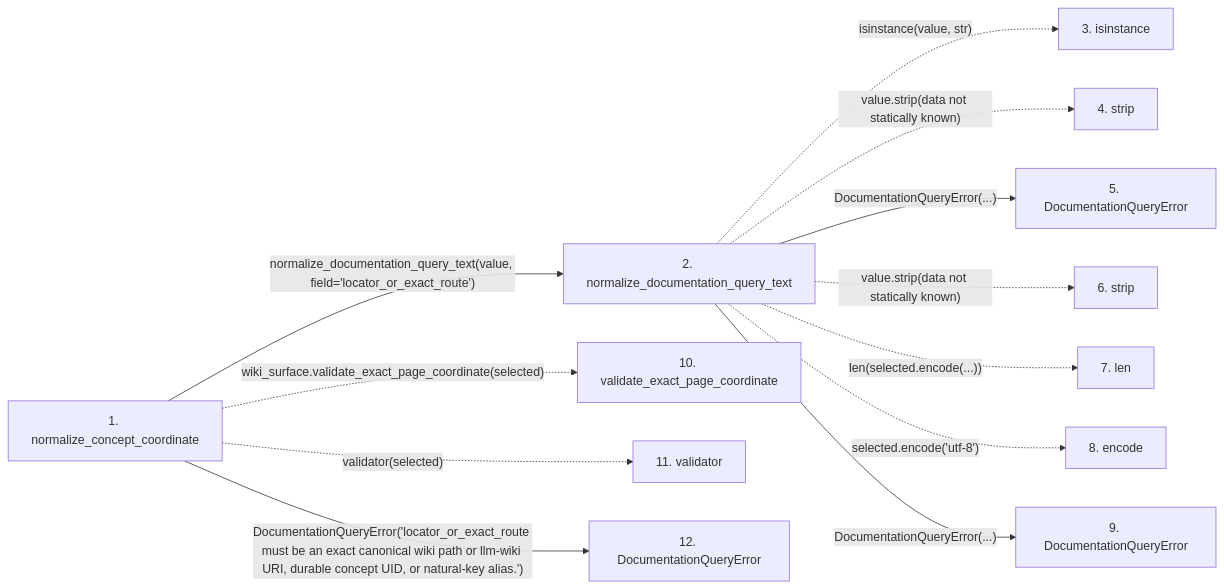
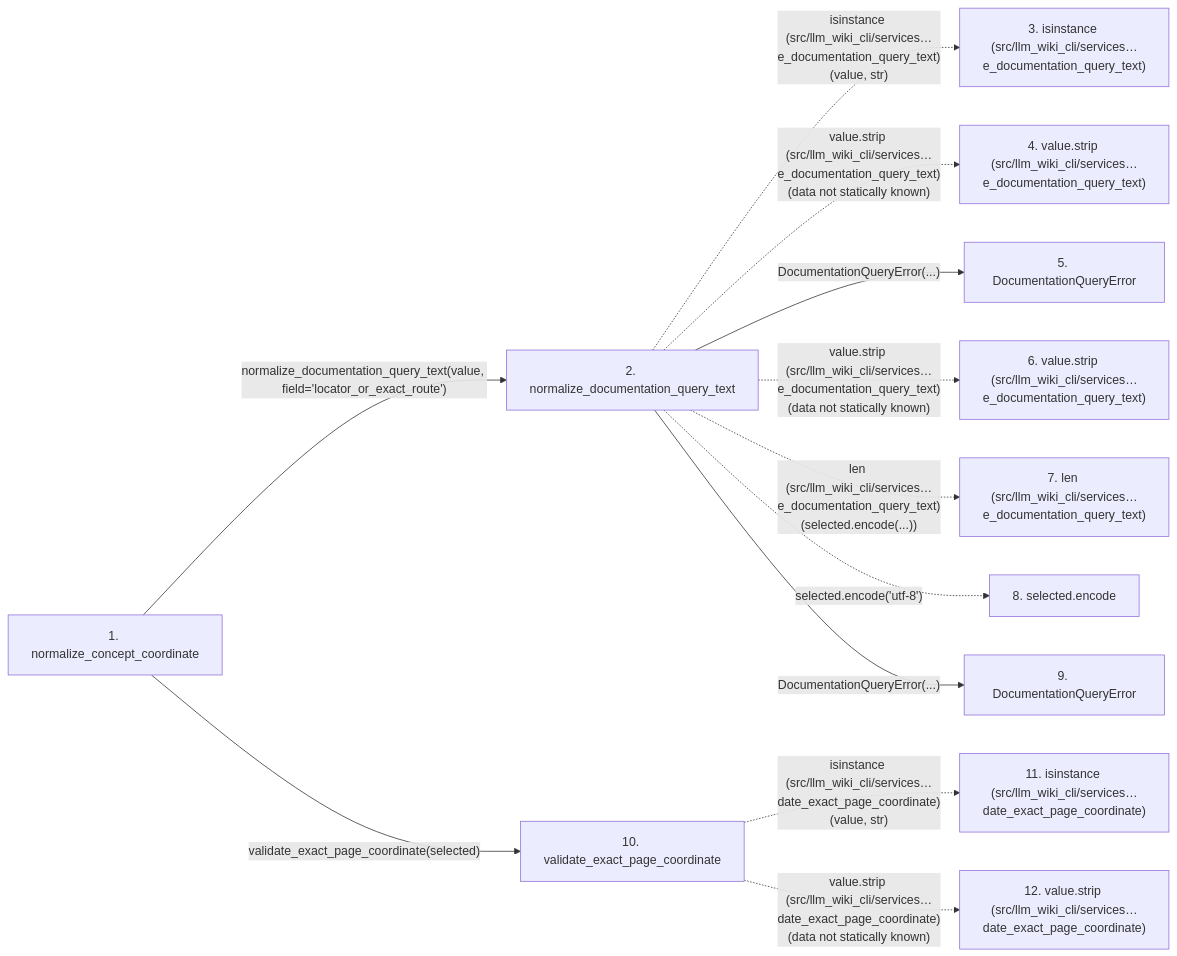
The second of 2 diagrams in docs/llm_wiki/flows/api-normalize_concept_coordinate.md (Denissvgn/python-wiki-llm), drawn with Mermaid before and after one commit. The commit also changed other lines of this file and 719 other files, not shown here.

````diff
--- a/docs/llm_wiki/flows/api-normalize_concept_coordinate.md
+++ b/docs/llm_wiki/flows/api-normalize_concept_coordinate.md
@@ -37,31 +73,31 @@
 ```mermaid
 flowchart LR
     s1["1. normalize_concept_coordinate"]
     s2["2. normalize_documentation_query_text"]
-    s3["3. isinstance"]
-    s4["4. strip"]
+    s3["3. isinstance (src/llm_wiki_cli/services…e_documentation_query_text)"]
+    s4["4. value.strip (src/llm_wiki_cli/services…e_documentation_query_text)"]
     s5["5. DocumentationQueryError"]
-    s6["6. strip"]
-    s7["7. len"]
-    s8["8. encode"]
+    s6["6. value.strip (src/llm_wiki_cli/services…e_documentation_query_text)"]
+    s7["7. len (src/llm_wiki_cli/services…e_documentation_query_text)"]
+    s8["8. selected.encode"]
     s9["9. DocumentationQueryError"]
     s10["10. validate_exact_page_coordinate"]
-    s11["11. validator"]
-    s12["12. DocumentationQueryError"]
+    s11["11. isinstance (src/llm_wiki_cli/services…date_exact_page_coordinate)"]
+    s12["12. value.strip (src/llm_wiki_cli/services…date_exact_page_coordinate)"]
     s1 -->|"normalize_documentation_query_text(value, field='locator_or_exact_route')"| s2
-    s2 -. "isinstance(value, str)" .-> s3
-    s2 -. "value.strip(data not statically known)" .-> s4
+    s2 -. "isinstance (src/llm_wiki_cli/services…e_documentation_query_text)(value, str)" .-> s3
+    s2 -. "value.strip (src/llm_wiki_cli/services…e_documentation_query_text)(data not statically known)" .-> s4
     s2 -->|"DocumentationQueryError(...)"| s5
-    s2 -. "value.strip(data not statically known)" .-> s6
-    s2 -. "len(selected.encode(...))" .-> s7
+    s2 -. "value.strip (src/llm_wiki_cli/services…e_documentation_query_text)(data not statically known)" .-> s6
+    s2 -. "len (src/llm_wiki_cli/services…e_documentation_query_text)(selected.encode(...))" .-> s7
     s2 -. "selected.encode('utf-8')" .-> s8
     s2 -->|"DocumentationQueryError(...)"| s9
-    s1 -. "wiki_surface.validate_exact_page_coordinate(selected)" .-> s10
-    s1 -. "validator(selected)" .-> s11
-    s1 -->|"DocumentationQueryError('locator_or_exact_route must be an exact canonical wiki path or llm-wiki URI, durable concept UID, or natural-key alias.')"| s12
+    s1 -->|"validate_exact_page_coordinate(selected)"| s10
+    s10 -. "isinstance (src/llm_wiki_cli/services…date_exact_page_coordinate)(value, str)" .-> s11
+    s10 -. "value.strip (src/llm_wiki_cli/services…date_exact_page_coordinate)(data not statically known)" .-> s12
     click s1 "../modules/documentation_query_builder.md"
     click s2 "../modules/documentation_query_builder.md"
     click s5 "../modules/documentation_queries.md"
     click s9 "../modules/documentation_queries.md"
-    click s12 "../modules/documentation_queries.md"
+    click s10 "../modules/wiki_surface.md"
 ```
````
